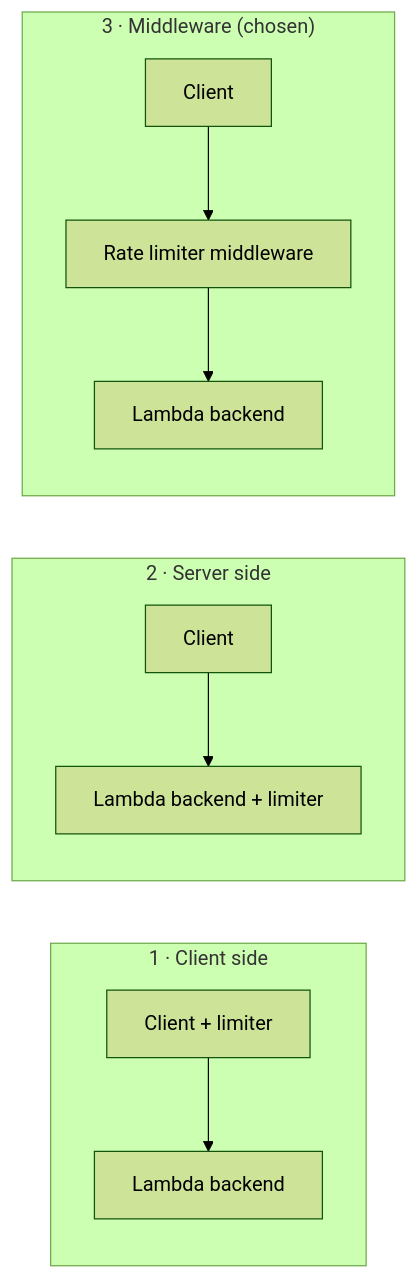
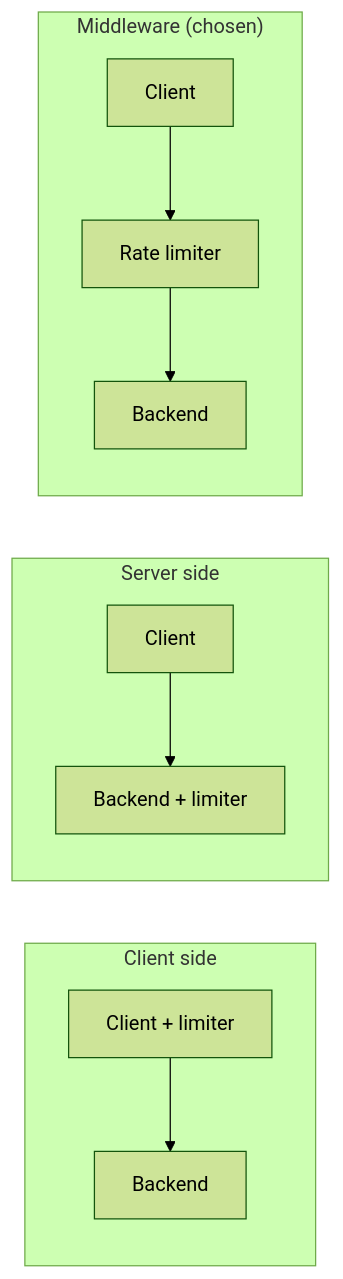
One commit to TareDevarsh/AWS-cloudformation-projects changed the first of 3 diagrams in projects/03-rate-limiter/docs/architecture.md. Above: the diagram before and after it, drawn with Mermaid (forest theme). The commit also changed other lines of this file and 7 other files, not shown here.

Commit message:
03-rate-limiter: simplify docs (tables, diagrams, plain language), update documentation map

````diff
--- a/projects/03-rate-limiter/docs/architecture.md
+++ b/projects/03-rate-limiter/docs/architecture.md
@@ -22,12 +9,12 @@
 ```mermaid
 flowchart LR
-    subgraph A["1 · Client side"]
-        C1[Client + limiter] --> S1[Lambda backend]
+    subgraph A["Client side"]
+        C1[Client + limiter] --> S1[Backend]
     end
-    subgraph B["2 · Server side"]
-        C2[Client] --> S2[Lambda backend + limiter]
+    subgraph B["Server side"]
+        C2[Client] --> S2[Backend + limiter]
     end
-    subgraph M["3 · Middleware (chosen)"]
-        C3[Client] --> RL[Rate limiter middleware] --> S3[Lambda backend]
+    subgraph M["Middleware (chosen)"]
+        C3[Client] --> RL[Rate limiter] --> S3[Backend]
     end
 ```
````
